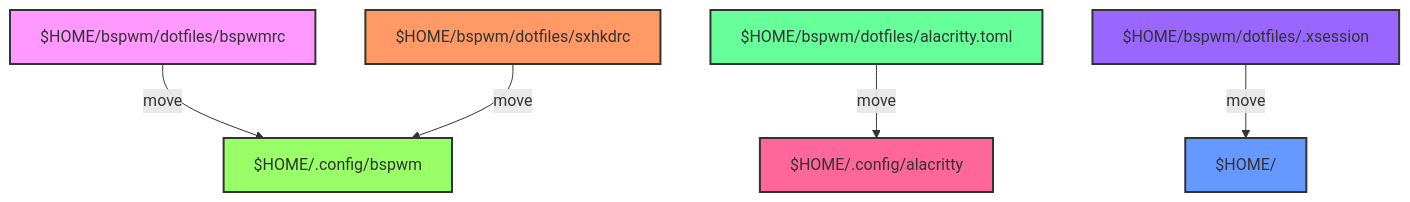
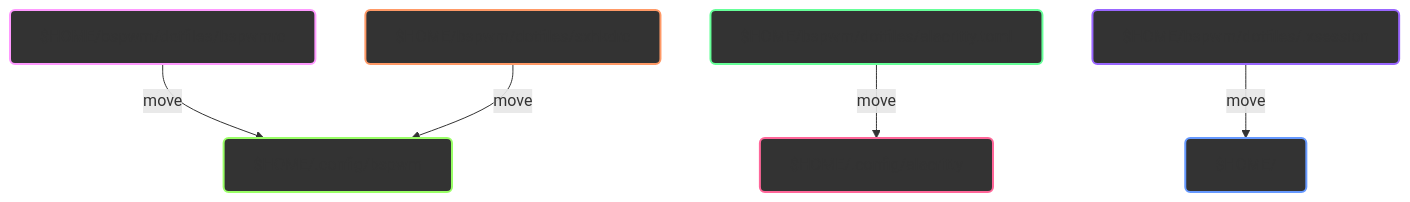
Before and after one commit to driversline/dotfiles: the diagram in README.md, drawn with Mermaid.

````diff
--- a/README.md
+++ b/README.md
@@ -9,15 +9,15 @@
 ```mermaid
 graph TD;
+    style bspwmrc fill:#333,stroke:#f9f,stroke-width:2px,rx:5,ry:5;
+    style sxhkdrc fill:#333,stroke:#f96,stroke-width:2px,rx:5,ry:5;
+    style alacritty_toml fill:#333,stroke:#6f9,stroke-width:2px,rx:5,ry:5;
+    style xsession fill:#333,stroke:#96f,stroke-width:2px,rx:5,ry:5;
+    style bspwm_config fill:#333,stroke:#9f6,stroke-width:2px,rx:5,ry:5;
+    style alacritty_config fill:#333,stroke:#f69,stroke-width:2px,rx:5,ry:5;
+    style home fill:#333,stroke:#69f,stroke-width:2px,rx:5,ry:5;
+
     bspwmrc["$HOME/bspwm/dotfiles/bspwmrc"] -->|move| bspwm_config["$HOME/.config/bspwm"]
     sxhkdrc["$HOME/bspwm/dotfiles/sxhkdrc"] -->|move| bspwm_config
     alacritty_toml["$HOME/bspwm/dotfiles/alacritty.toml"] -->|move| alacritty_config["$HOME/.config/alacritty"]
     xsession["$HOME/bspwm/dotfiles/.xsession"] -->|move| home["$HOME/"]
-
-    style bspwmrc fill:#f9f,stroke:#333,stroke-width:2px;
-    style sxhkdrc fill:#f96,stroke:#333,stroke-width:2px;
-    style alacritty_toml fill:#6f9,stroke:#333,stroke-width:2px;
-    style xsession fill:#96f,stroke:#333,stroke-width:2px;
-    style bspwm_config fill:#9f6,stroke:#333,stroke-width:2px;
-    style alacritty_config fill:#f69,stroke:#333,stroke-width:2px;
-    style home fill:#69f,stroke:#333,stroke-width:2px;
 ```
````
